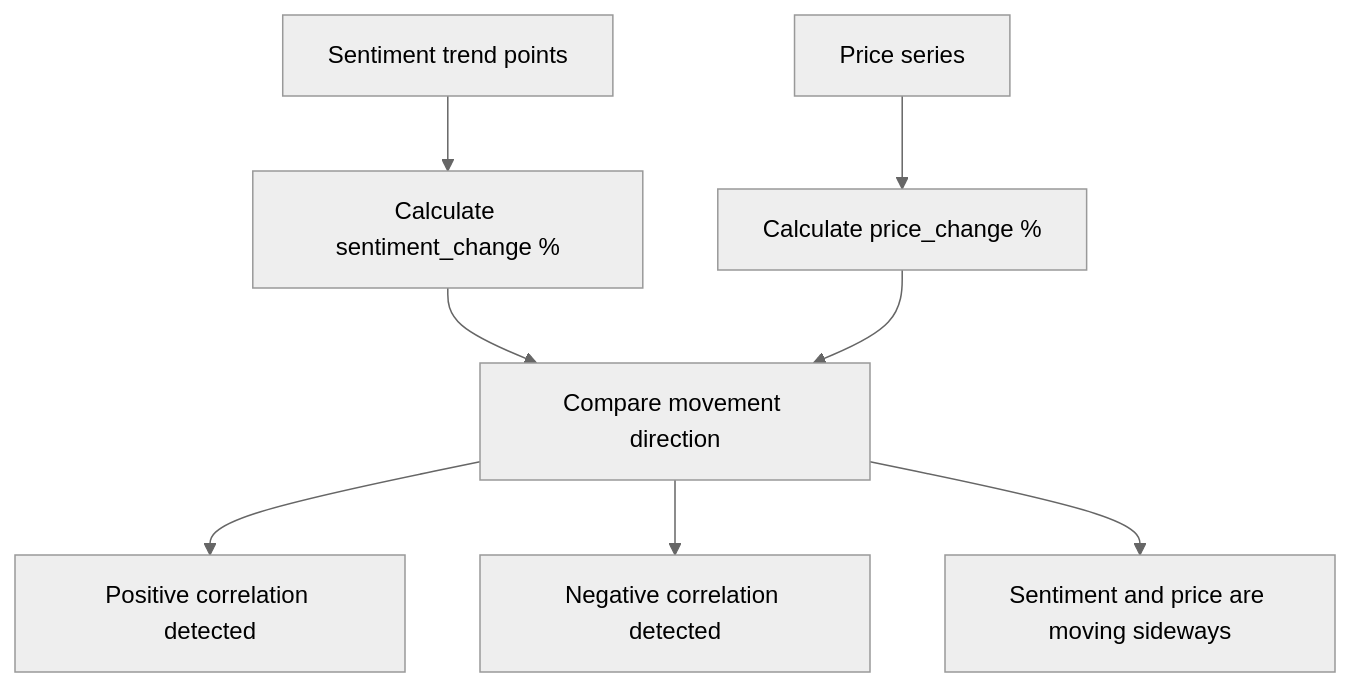
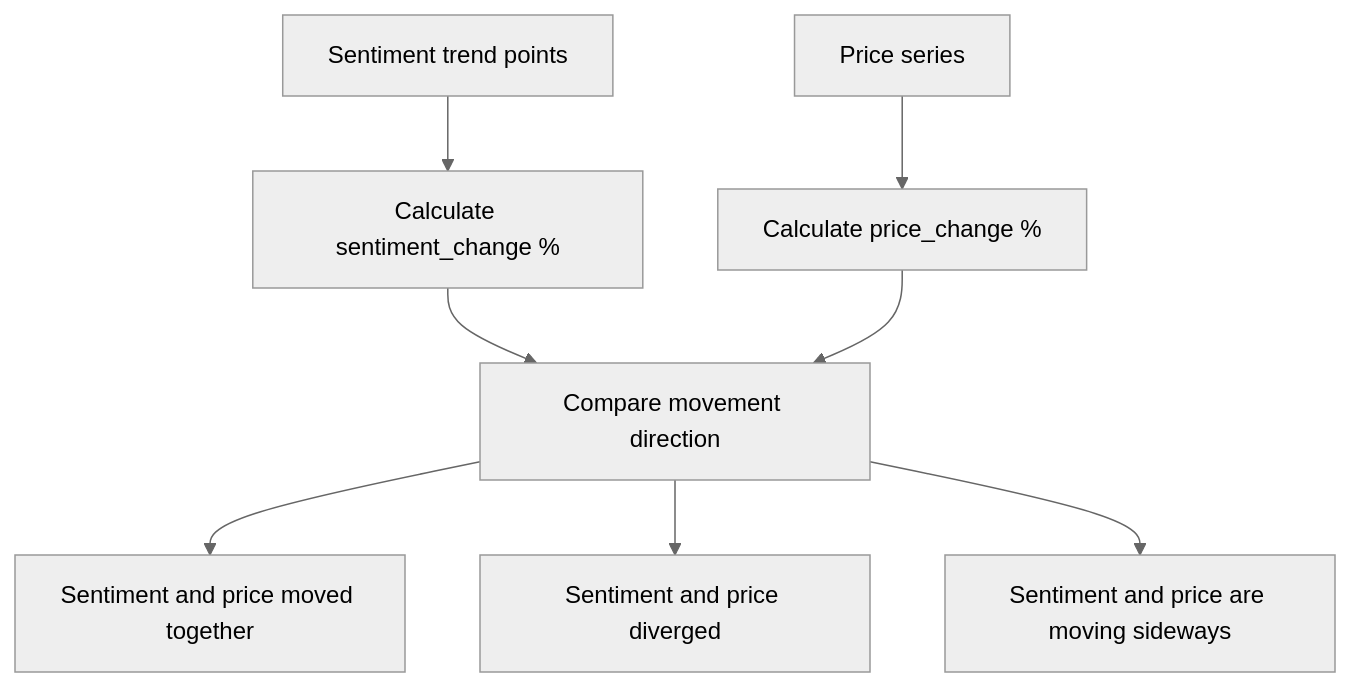
The fifth of 6 diagrams in README.md (Rudra-Singhal/Sentitrade), drawn with Mermaid (neutral theme) before and after one commit. The commit also changed other lines of this file and 10 other files, not shown here.

````diff
--- a/README.md
+++ b/README.md
@@ -247,10 +261,10 @@
 ```mermaid
 flowchart TD
   Trend["Sentiment trend points"] --> SentDelta["Calculate sentiment_change %"]
   Price["Price series"] --> PriceDelta["Calculate price_change %"]
   SentDelta --> Compare["Compare movement direction"]
   PriceDelta --> Compare
-  Compare --> Positive["Positive correlation detected"]
-  Compare --> Negative["Negative correlation detected"]
+  Compare --> Positive["Sentiment and price moved together"]
+  Compare --> Negative["Sentiment and price diverged"]
   Compare --> Sideways["Sentiment and price are moving sideways"]
 ```
````
